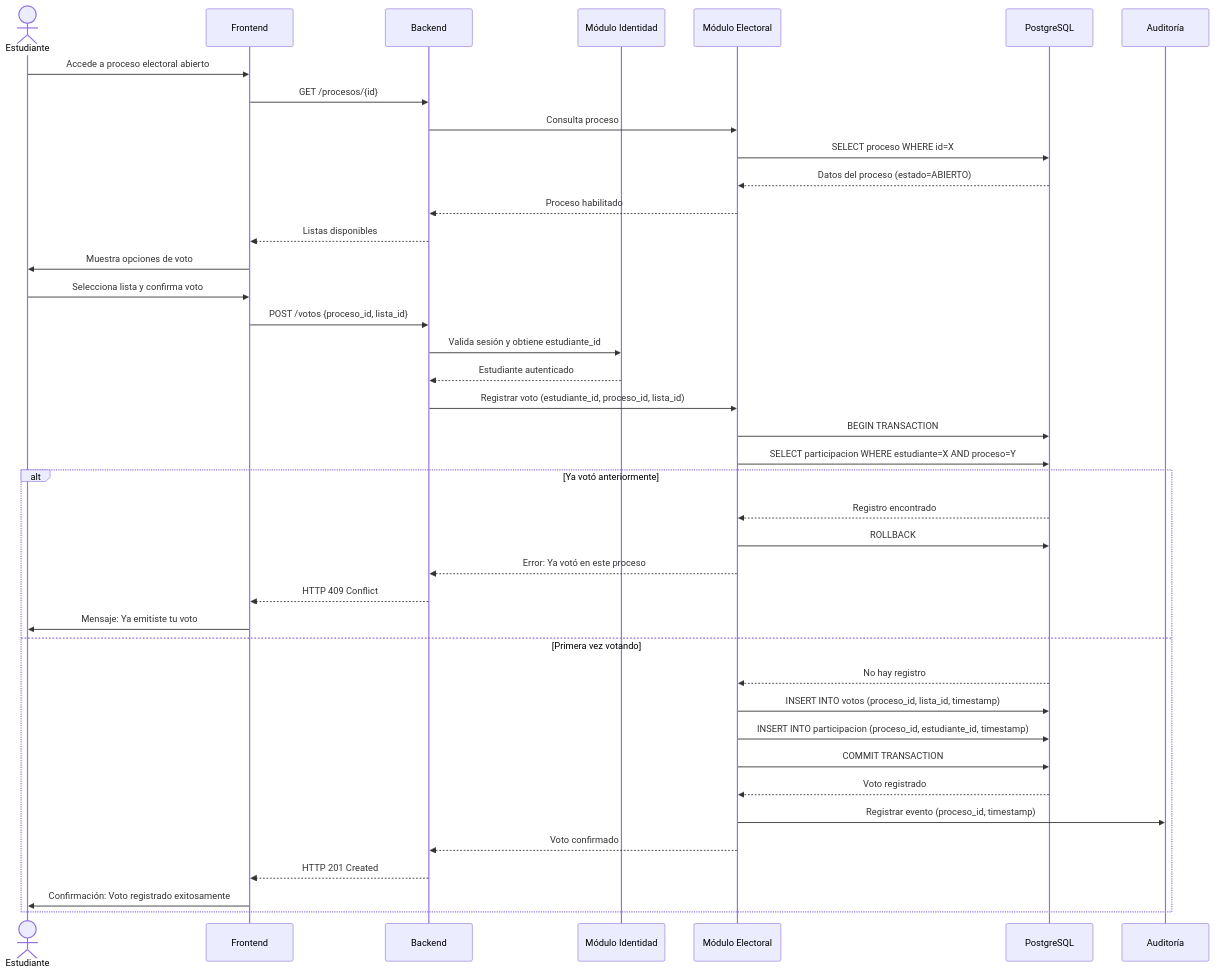
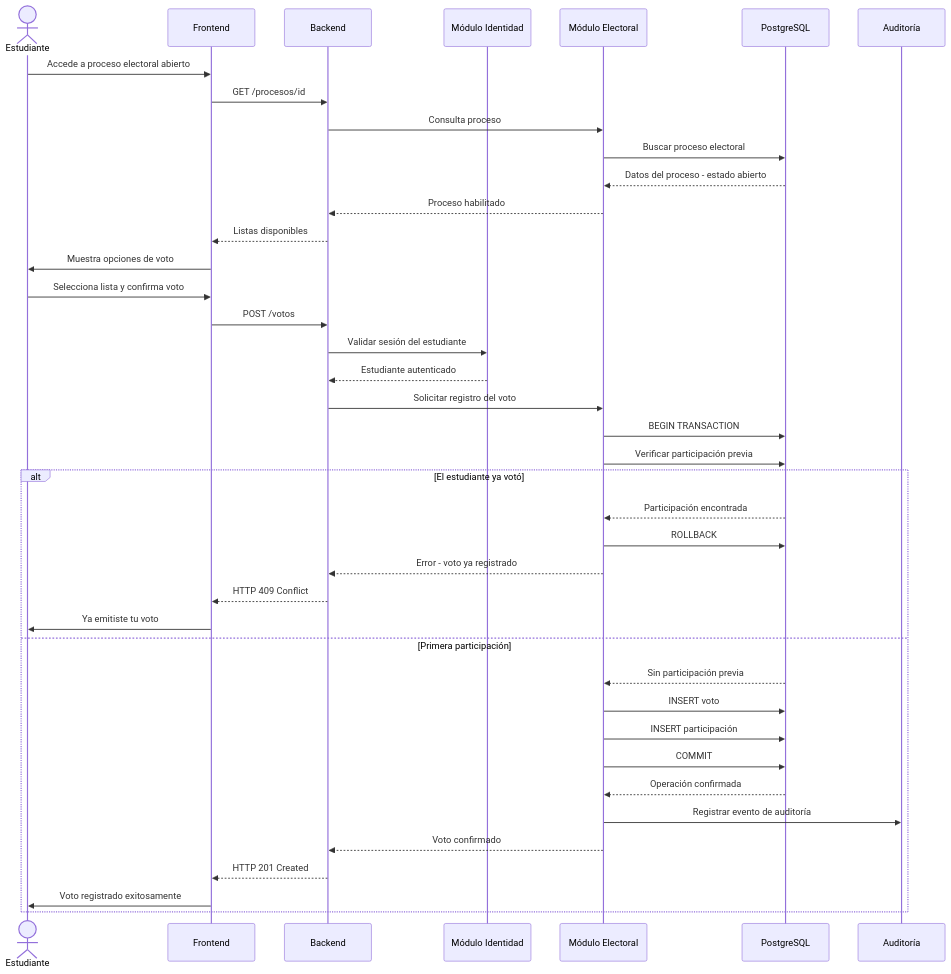
Before and after one commit to Yeltsin-MC/ANALISIS-DE-SISTEMA-DISENO-ARQUITECTONICO: the fourth of 4 diagrams in arquitectura/arquitectura-inicial.md, drawn with Mermaid. The commit also changed other lines of this file, not shown here.

Commit message:
fix: corrige diagramas Mermaid de arquitectura inicial

````diff
--- a/arquitectura/arquitectura-inicial.md
+++ b/arquitectura/arquitectura-inicial.md
@@ -617,46 +630,46 @@
 ```mermaid
 sequenceDiagram
     actor E as Estudiante
     participant FE as Frontend
     participant BE as Backend
     participant AUTH as Módulo Identidad
     participant ELEC as Módulo Electoral
     participant DB as PostgreSQL
     participant AUD as Auditoría
-    
+
     E->>FE: Accede a proceso electoral abierto
-    FE->>BE: GET /procesos/{id}
+    FE->>BE: GET /procesos/id
     BE->>ELEC: Consulta proceso
-    ELEC->>DB: SELECT proceso WHERE id=X
-    DB-->>ELEC: Datos del proceso (estado=ABIERTO)
+    ELEC->>DB: Buscar proceso electoral
+    DB-->>ELEC: Datos del proceso - estado abierto
     ELEC-->>BE: Proceso habilitado
     BE-->>FE: Listas disponibles
     FE->>E: Muestra opciones de voto
-    
+
     E->>FE: Selecciona lista y confirma voto
-    FE->>BE: POST /votos {proceso_id, lista_id}
-    BE->>AUTH: Valida sesión y obtiene estudiante_id
+    FE->>BE: POST /votos
+    BE->>AUTH: Validar sesión del estudiante
     AUTH-->>BE: Estudiante autenticado
-    BE->>ELEC: Registrar voto (estudiante_id, proceso_id, lista_id)
-    
+    BE->>ELEC: Solicitar registro del voto
+
     ELEC->>DB: BEGIN TRANSACTION
-    ELEC->>DB: SELECT participacion WHERE estudiante=X AND proceso=Y
-    
-    alt Ya votó anteriormente
-        DB-->>ELEC: Registro encontrado
+    ELEC->>DB: Verificar participación previa
+
+    alt El estudiante ya votó
+        DB-->>ELEC: Participación encontrada
         ELEC->>DB: ROLLBACK
-        ELEC-->>BE: Error: Ya votó en este proceso
+        ELEC-->>BE: Error - voto ya registrado
         BE-->>FE: HTTP 409 Conflict
-        FE->>E: Mensaje: Ya emitiste tu voto
-    else Primera vez votando
-        DB-->>ELEC: No hay registro
-        ELEC->>DB: INSERT INTO votos (proceso_id, lista_id, timestamp)
-        ELEC->>DB: INSERT INTO participacion (proceso_id, estudiante_id, timestamp)
-        ELEC->>DB: COMMIT TRANSACTION
-        DB-->>ELEC: Voto registrado
-        ELEC->>AUD: Registrar evento (proceso_id, timestamp)
+        FE->>E: Ya emitiste tu voto
+    else Primera participación
+        DB-->>ELEC: Sin participación previa
+        ELEC->>DB: INSERT voto
+        ELEC->>DB: INSERT participación
+        ELEC->>DB: COMMIT
+        DB-->>ELEC: Operación confirmada
+        ELEC->>AUD: Registrar evento de auditoría
         ELEC-->>BE: Voto confirmado
         BE-->>FE: HTTP 201 Created
-        FE->>E: Confirmación: Voto registrado exitosamente
+        FE->>E: Voto registrado exitosamente
     end
 ```
````
